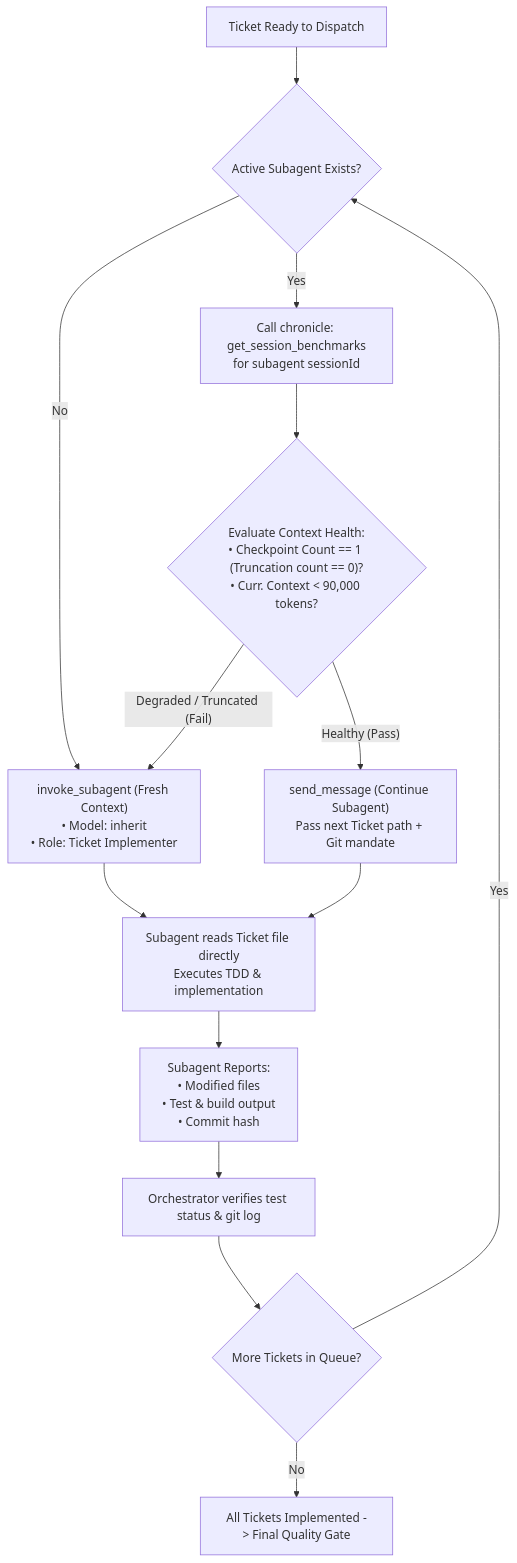
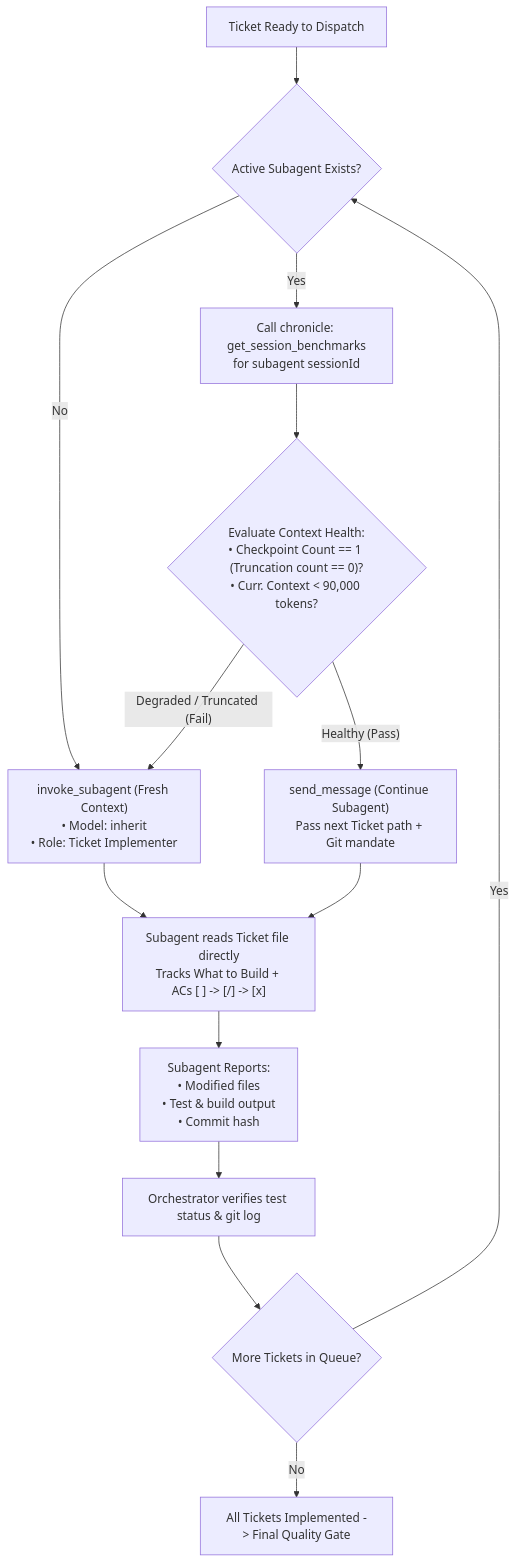
One commit to loerei/myskills changed the diagram in productivity/implement-with-subagents/SKILL.md. Above: the diagram before and after it, drawn with Mermaid. The commit also changed other lines of this file and 11 other files, not shown here.

Commit message:
feat(skills): merge to-prd-and-tickets and add two-layer What to Build checkbox tracking

````diff
--- a/productivity/implement-with-subagents/SKILL.md
+++ b/productivity/implement-with-subagents/SKILL.md
@@ -18,23 +18,23 @@
 ```mermaid
 flowchart TD
     Start["Ticket Ready to Dispatch"] --> HasSubagent{"Active Subagent Exists?"}
     
     HasSubagent -->|"No"| SpawnNew["invoke_subagent (Fresh Context)<br/>• Model: inherit<br/>• Role: Ticket Implementer"]
     
     HasSubagent -->|"Yes"| QueryBench["Call chronicle: get_session_benchmarks<br/>for subagent sessionId"]
     
     QueryBench --> EvaluateHealth{"Evaluate Context Health:<br/>• Checkpoint Count == 1 (Truncation count == 0)?<br/>• Curr. Context < 90,000 tokens?"}
     
     EvaluateHealth -->|"Healthy (Pass)"| ReuseSubagent["send_message (Continue Subagent)<br/>Pass next Ticket path + Git mandate"]
     EvaluateHealth -->|"Degraded / Truncated (Fail)"| SpawnNew
     
-    SpawnNew --> WaitSubagent["Subagent reads Ticket file directly<br/>Executes TDD & implementation"]
+    SpawnNew --> WaitSubagent["Subagent reads Ticket file directly<br/>Tracks What to Build + ACs [ ] -> [/] -> [x]"]
     ReuseSubagent --> WaitSubagent
     
     WaitSubagent --> SubagentDone["Subagent Reports:<br/>• Modified files<br/>• Test & build output<br/>• Commit hash"]
     
     SubagentDone --> VerifyCommit["Orchestrator verifies test status & git log"]
     VerifyCommit --> MoreTickets{"More Tickets in Queue?"}
     MoreTickets -->|"Yes"| HasSubagent
     MoreTickets -->|"No"| Finalize["All Tickets Implemented -> Final Quality Gate"]
 ```
````
